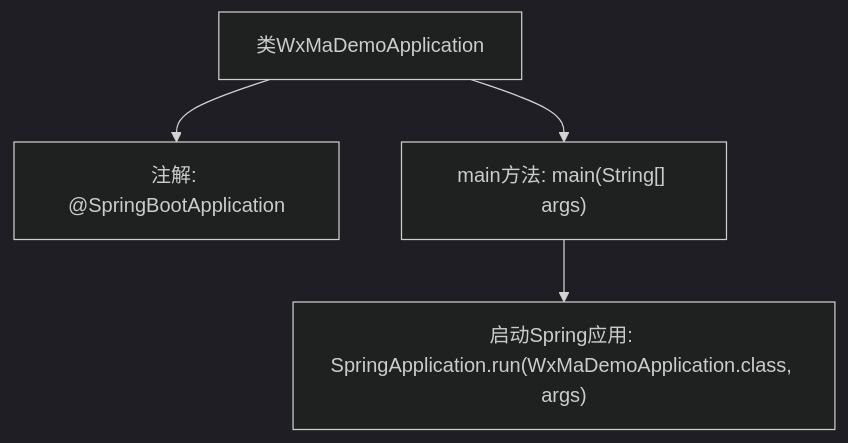
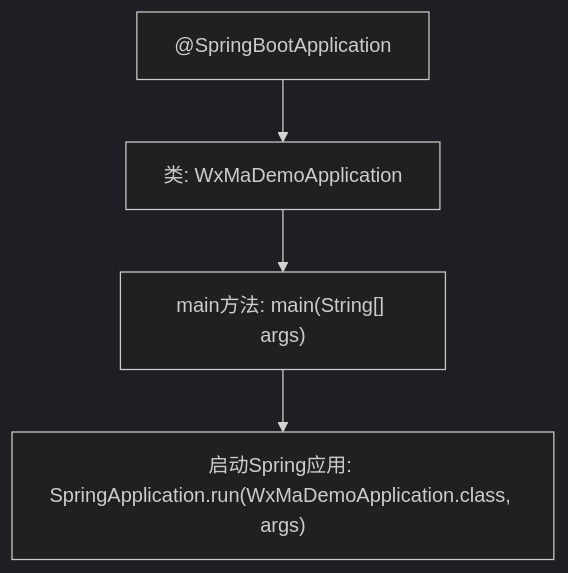
One commit to v-wjrong/rongwj666_weixin-java-miniapp-demo changed the second of 2 diagrams in docs/zh/docs/src/main/java/com/github/binarywang/demo/wx/miniapp/WxMaDemoApplication.md. Above: the diagram before and after it, drawn with Mermaid (dark theme). The commit also changed other lines of this file and 47 other files, not shown here.

````diff
--- a/docs/zh/docs/src/main/java/com/github/binarywang/demo/wx/miniapp/WxMaDemoApplication.md
+++ b/docs/zh/docs/src/main/java/com/github/binarywang/demo/wx/miniapp/WxMaDemoApplication.md
@@ -53,11 +50,11 @@
 ```mermaid
 graph TD
-    A["类WxMaDemoApplication"]
-    B["注解: @SpringBootApplication"]
+    A["@SpringBootApplication"]
+    B["类: WxMaDemoApplication"]
     C["main方法: main(String[] args)"]
     D["启动Spring应用: SpringApplication.run(WxMaDemoApplication.class, args)"]
-
+    
     A --> B
-    A --> C
+    B --> C
     C --> D
 ```
````
